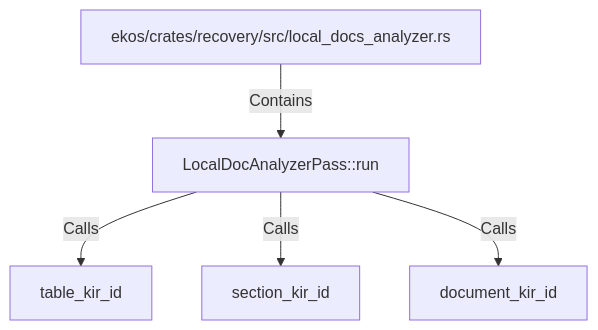
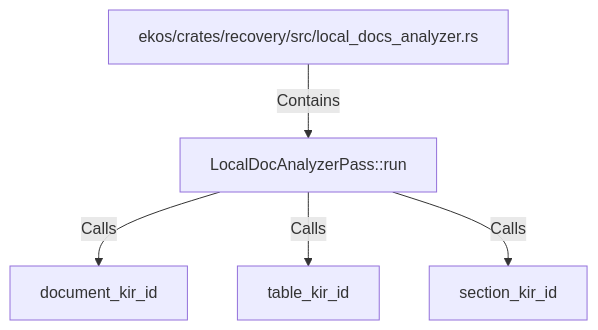
The diagram in doc/entities/rustsymbol/lo/localdocanalyzerpass-run.md (alexeyban/EKOS), drawn with Mermaid before and after one commit. The commit also changed other lines of this file and 552 other files, not shown here.

````diff
--- a/doc/entities/rustsymbol/lo/localdocanalyzerpass-run.md
+++ b/doc/entities/rustsymbol/lo/localdocanalyzerpass-run.md
@@ -23,12 +23,12 @@
 ```mermaid
 graph TD
     n86bb576403f35bb998460c13a60e457f["LocalDocAnalyzerPass::run"]
     nd4eeb831bfb8592dad110e13adad2090["ekos/crates/recovery/src/local_docs_analyzer.rs"]
     nd4eeb831bfb8592dad110e13adad2090 -->|Contains| n86bb576403f35bb998460c13a60e457f
+    nf9e9a153221e53f1a9b05b9b4bdef2c5["document_kir_id"]
+    n86bb576403f35bb998460c13a60e457f -->|Calls| nf9e9a153221e53f1a9b05b9b4bdef2c5
     n9b2041177aa056cb99f1254336e5f1e6["table_kir_id"]
     n86bb576403f35bb998460c13a60e457f -->|Calls| n9b2041177aa056cb99f1254336e5f1e6
     nba226e6057f35450a94e6e019dd7ac3a["section_kir_id"]
     n86bb576403f35bb998460c13a60e457f -->|Calls| nba226e6057f35450a94e6e019dd7ac3a
-    nf9e9a153221e53f1a9b05b9b4bdef2c5["document_kir_id"]
-    n86bb576403f35bb998460c13a60e457f -->|Calls| nf9e9a153221e53f1a9b05b9b4bdef2c5
 ```
````
